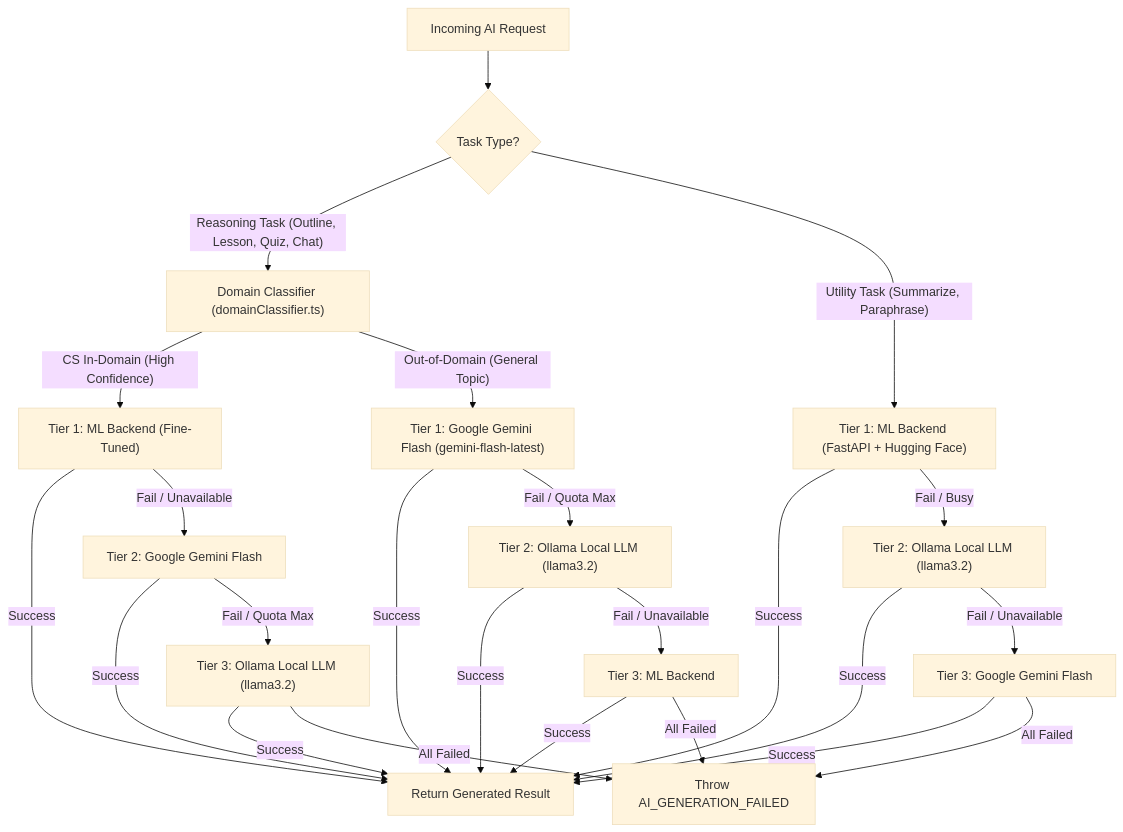
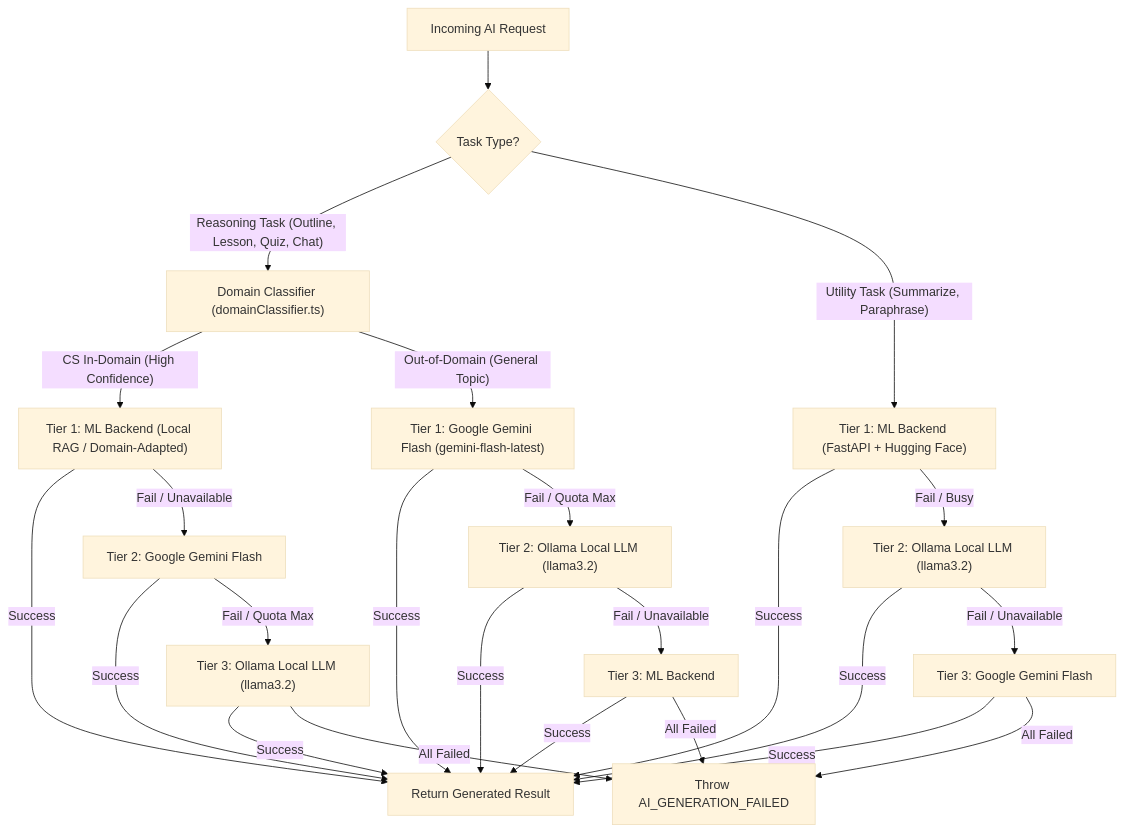
One commit to kaacquah2/Study changed the first of 2 diagrams in docs/MULTI_PROVIDER_AND_RAG_ARCHITECTURE.md. Above: the diagram before and after it, drawn with Mermaid (base theme). The commit also changed other lines of this file and 122 other files, not shown here.

````diff
--- a/docs/MULTI_PROVIDER_AND_RAG_ARCHITECTURE.md
+++ b/docs/MULTI_PROVIDER_AND_RAG_ARCHITECTURE.md
@@ -15,32 +23,32 @@
 ```mermaid
 flowchart TD
     Request["Incoming AI Request"] --> TaskType{"Task Type?"}
 
     TaskType -->|"Reasoning Task (Outline, Lesson, Quiz, Chat)"| DomainCheck["Domain Classifier (domainClassifier.ts)"]
     TaskType -->|"Utility Task (Summarize, Paraphrase)"| UtilTier1["Tier 1: ML Backend (FastAPI + Hugging Face)"]
 
-    DomainCheck -->|"CS In-Domain (High Confidence)"| InDomainT1["Tier 1: ML Backend (Fine-Tuned)"]
+    DomainCheck -->|"CS In-Domain (High Confidence)"| InDomainT1["Tier 1: ML Backend (Local RAG / Domain-Adapted)"]
     DomainCheck -->|"Out-of-Domain (General Topic)"| OutDomainT1["Tier 1: Google Gemini Flash (gemini-flash-latest)"]
 
     InDomainT1 -->|Success| Success["Return Generated Result"]
     InDomainT1 -->|Fail / Unavailable| InDomainT2["Tier 2: Google Gemini Flash"]
     InDomainT2 -->|Success| Success
     InDomainT2 -->|Fail / Quota Max| InDomainT3["Tier 3: Ollama Local LLM (llama3.2)"]
     InDomainT3 -->|Success| Success
 
     OutDomainT1 -->|Success| Success
     OutDomainT1 -->|Fail / Quota Max| OutDomainT2["Tier 2: Ollama Local LLM (llama3.2)"]
     OutDomainT2 -->|Success| Success
     OutDomainT2 -->|Fail / Unavailable| OutDomainT3["Tier 3: ML Backend"]
     OutDomainT3 -->|Success| Success
 
     UtilTier1 -->|Success| Success
     UtilTier1 -->|Fail / Busy| UtilTier2["Tier 2: Ollama Local LLM (llama3.2)"]
     UtilTier2 -->|Success| Success
     UtilTier2 -->|Fail / Unavailable| UtilTier3["Tier 3: Google Gemini Flash"]
     UtilTier3 -->|Success| Success
 
     InDomainT3 -->|All Failed| Error["Throw AI_GENERATION_FAILED"]
     OutDomainT3 -->|All Failed| Error
     UtilTier3 -->|All Failed| Error
 ```
````
